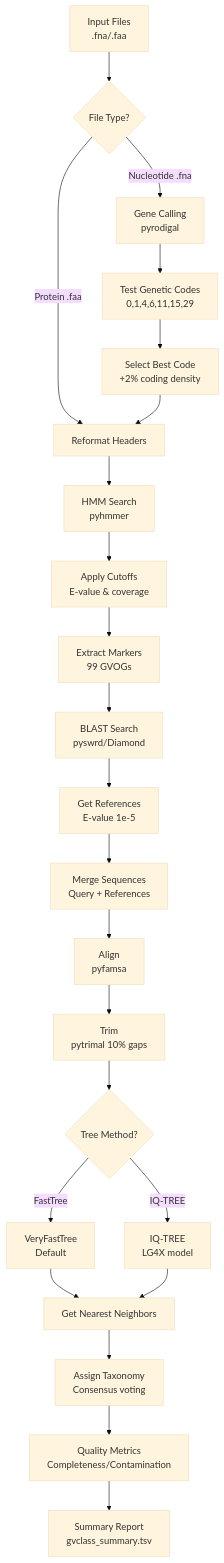
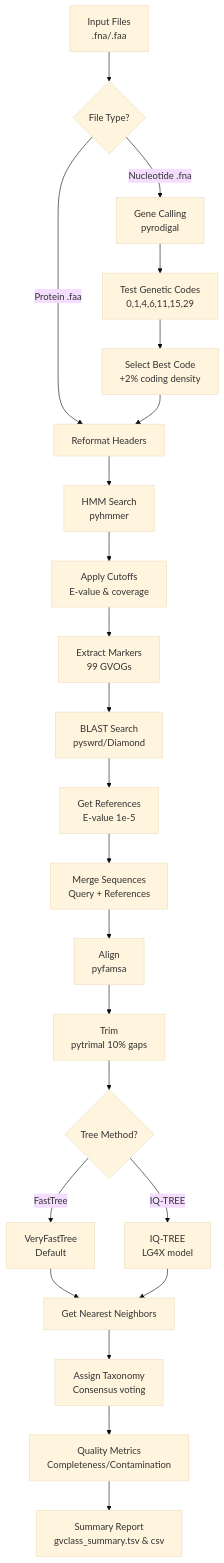
Before and after one commit to NeLLi-team/gvclass: the first of 3 diagrams in docs/workflow_diagram.md, drawn with Mermaid (base theme). The commit also changed 5 other files, not shown here.

Commit message:
Add CSV summary output and fix edge cases

````diff
--- a/docs/workflow_diagram.md
+++ b/docs/workflow_diagram.md
@@ -5,36 +5,36 @@
 ```mermaid
 graph TD
     A[Input Files<br/>.fna/.faa] --> B{File Type?}
     
     B -->|Nucleotide .fna| C[Gene Calling<br/>pyrodigal]
     B -->|Protein .faa| D[Reformat Headers]
     
     C --> E[Test Genetic Codes<br/>0,1,4,6,11,15,29]
     E --> F[Select Best Code<br/>+2% coding density]
     F --> D
     
     D --> G[HMM Search<br/>pyhmmer]
     G --> H[Apply Cutoffs<br/>E-value & coverage]
     
     H --> I[Extract Markers<br/>99 GVOGs]
     
     I --> J[BLAST Search<br/>pyswrd/Diamond]
     J --> K[Get References<br/>E-value 1e-5]
     
     K --> L[Merge Sequences<br/>Query + References]
     L --> M[Align<br/>pyfamsa]
     
     M --> N[Trim<br/>pytrimal 10% gaps]
     N --> O{Tree Method?}
     
     O -->|FastTree| P[VeryFastTree<br/>Default]
     O -->|IQ-TREE| Q[IQ-TREE<br/>LG4X model]
     
     P --> R[Get Nearest Neighbors]
     Q --> R
     
     R --> S[Assign Taxonomy<br/>Consensus voting]
     S --> T[Quality Metrics<br/>Completeness/Contamination]
     
-    T --> U[Summary Report<br/>gvclass_summary.tsv]
+    T --> U[Summary Report<br/>gvclass_summary.tsv & csv]
 ```
````
